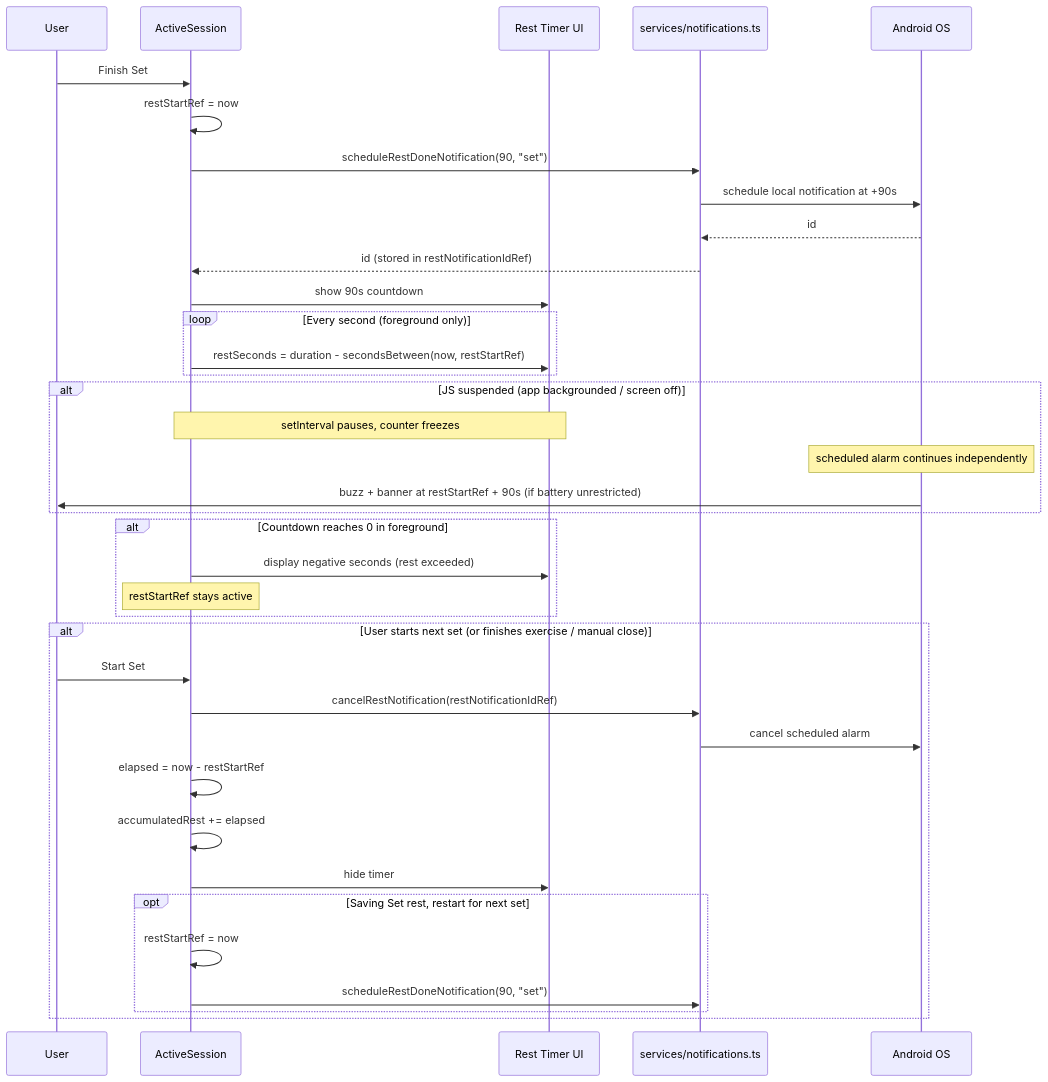
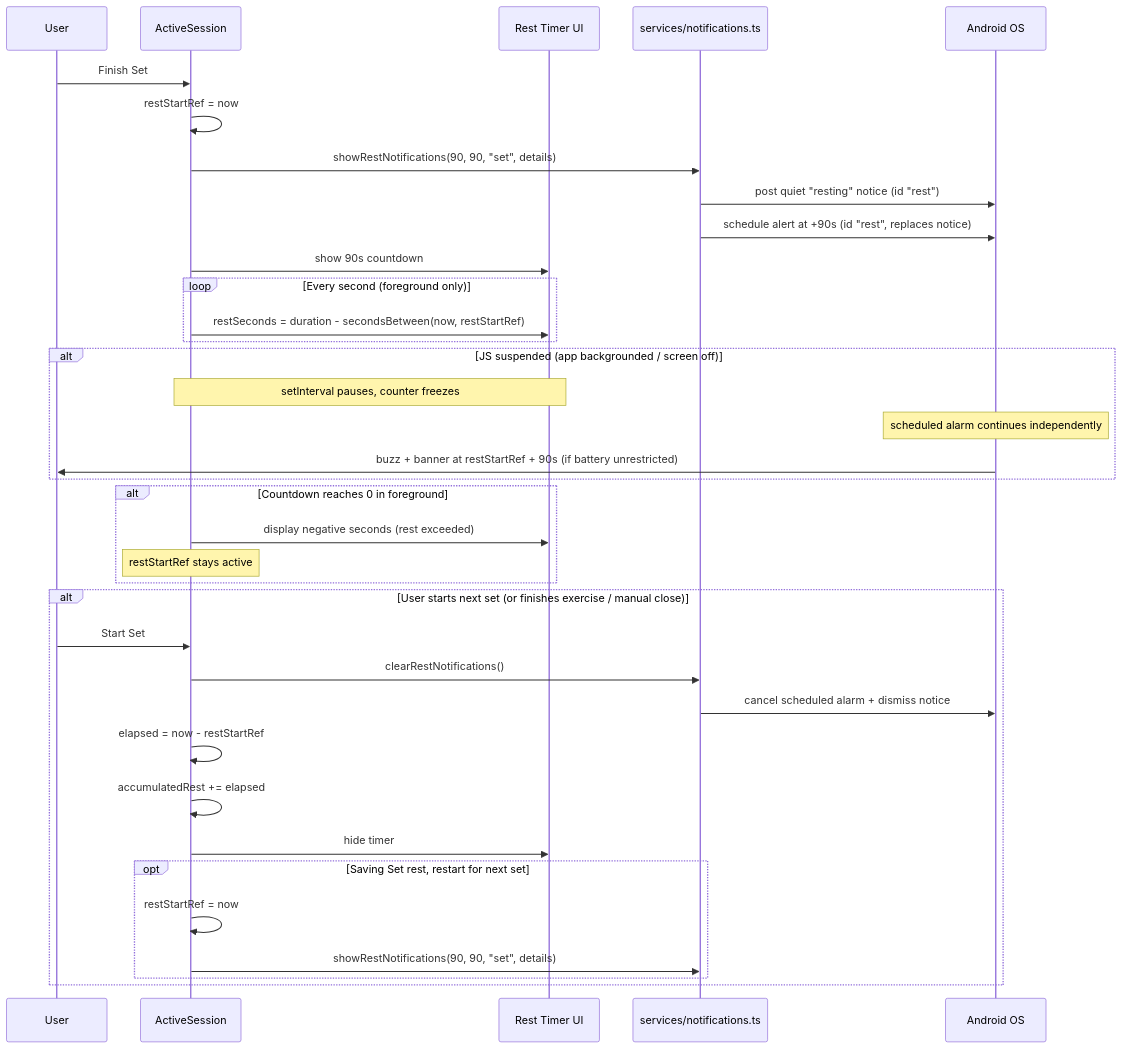
One commit to siddhantagwl/smart-gym-assistant changed the second of 6 diagrams in ARCHITECTURE.md. Above: the diagram before and after it, drawn with Mermaid. The commit also changed other lines of this file and 3 other files, not shown here.

First line of the commit message:
feat(notifications): watch-friendly rest notifications + 30s nudge

````diff
--- a/ARCHITECTURE.md
+++ b/ARCHITECTURE.md
@@ -549,39 +549,38 @@
 ```mermaid
 sequenceDiagram
   participant User
   participant ActiveSession
   participant TimerUI as Rest Timer UI
   participant Notif as services/notifications.ts
   participant OS as Android OS
   User->>ActiveSession: Finish Set
   ActiveSession->>ActiveSession: restStartRef = now
-  ActiveSession->>Notif: scheduleRestDoneNotification(90, "set")
-  Notif->>OS: schedule local notification at +90s
-  OS-->>Notif: id
-  Notif-->>ActiveSession: id (stored in restNotificationIdRef)
+  ActiveSession->>Notif: showRestNotifications(90, 90, "set", details)
+  Notif->>OS: post quiet "resting" notice (id "rest")
+  Notif->>OS: schedule alert at +90s (id "rest", replaces notice)
   ActiveSession->>TimerUI: show 90s countdown
   loop Every second (foreground only)
     ActiveSession->>TimerUI: restSeconds = duration - secondsBetween(now, restStartRef)
   end
   alt JS suspended (app backgrounded / screen off)
     Note over ActiveSession,TimerUI: setInterval pauses, counter freezes
     Note over OS: scheduled alarm continues independently
     OS->>User: buzz + banner at restStartRef + 90s (if battery unrestricted)
   end
   alt Countdown reaches 0 in foreground
     ActiveSession->>TimerUI: display negative seconds (rest exceeded)
     Note over ActiveSession: restStartRef stays active
   end
   alt User starts next set (or finishes exercise / manual close)
     User->>ActiveSession: Start Set
-    ActiveSession->>Notif: cancelRestNotification(restNotificationIdRef)
-    Notif->>OS: cancel scheduled alarm
+    ActiveSession->>Notif: clearRestNotifications()
+    Notif->>OS: cancel scheduled alarm + dismiss notice
     ActiveSession->>ActiveSession: elapsed = now - restStartRef
     ActiveSession->>ActiveSession: accumulatedRest += elapsed
     ActiveSession->>TimerUI: hide timer
     opt Saving Set rest, restart for next set
       ActiveSession->>ActiveSession: restStartRef = now
-      ActiveSession->>Notif: scheduleRestDoneNotification(90, "set")
+      ActiveSession->>Notif: showRestNotifications(90, 90, "set", details)
     end
   end
 ```
````
